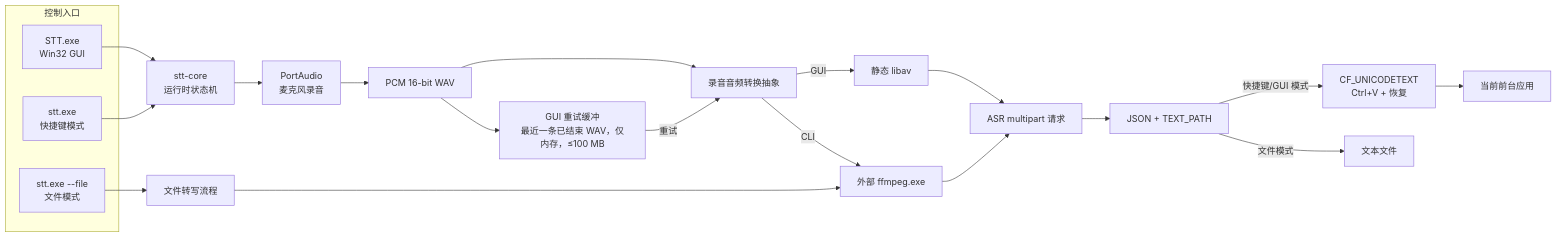
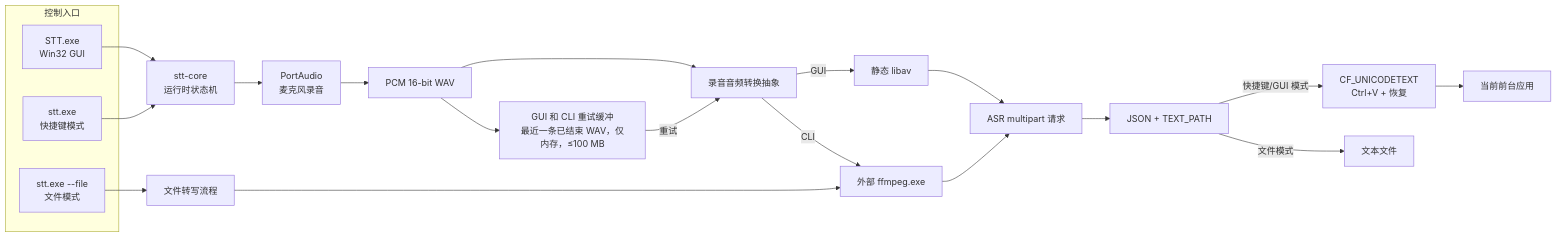
Before and after one commit to Joey-Kot/STT-for-Windows: the first of 3 diagrams in README_ZH.md, drawn with Mermaid. The commit also changed other lines of this file and 12 other files, not shown here.

````diff
--- a/README_ZH.md
+++ b/README_ZH.md
@@ -64,30 +65,30 @@
 ```mermaid
 flowchart LR
     subgraph Entry["控制入口"]
         GUI["STT.exe<br/>Win32 GUI"]
         CLI["stt.exe<br/>快捷键模式"]
         FileMode["stt.exe --file<br/>文件模式"]
     end
 
     GUI --> Runtime["stt-core<br/>运行时状态机"]
     CLI --> Runtime
     FileMode --> FilePipeline["文件转写流程"]
 
     Runtime --> Recorder["PortAudio<br/>麦克风录音"]
     Recorder --> WAV["PCM 16-bit WAV"]
 
     WAV --> Convert["录音音频转换抽象"]
-    WAV --> RetryBuffer["GUI 重试缓冲<br/>最近一条已结束 WAV，仅内存，≤100 MB"]
+    WAV --> RetryBuffer["GUI 和 CLI 重试缓冲<br/>最近一条已结束 WAV，仅内存，≤100 MB"]
     RetryBuffer -->|重试| Convert
     Convert -->|GUI| LibAv["静态 libav"]
     Convert -->|CLI| FFmpeg["外部 ffmpeg.exe"]
     FilePipeline --> FFmpeg
 
     LibAv --> Request["ASR multipart 请求"]
     FFmpeg --> Request
     Request --> Extract["JSON + TEXT_PATH"]
 
     Extract -->|快捷键/GUI 模式| Clipboard["CF_UNICODETEXT<br/>Ctrl+V + 恢复"]
     Clipboard --> App["当前前台应用"]
     Extract -->|文件模式| TextFile["文本文件"]
 ```
````
